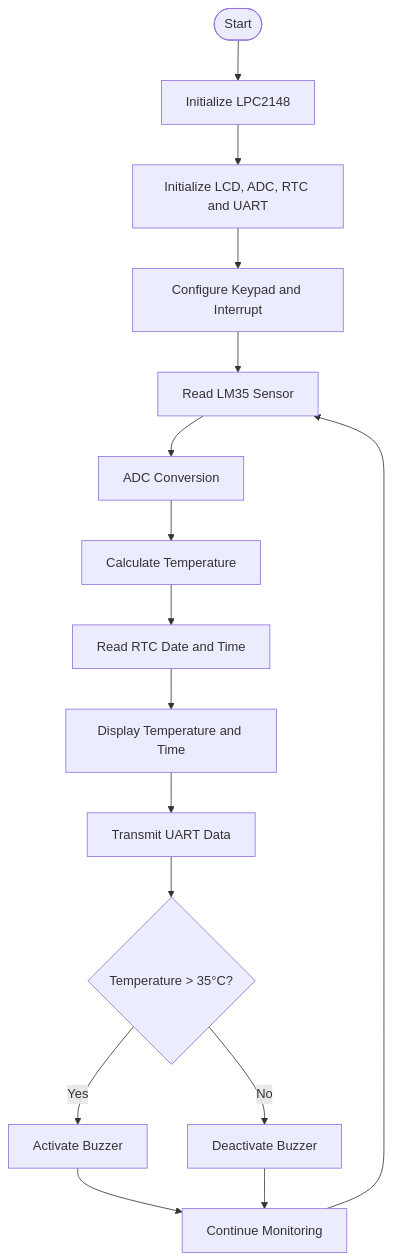
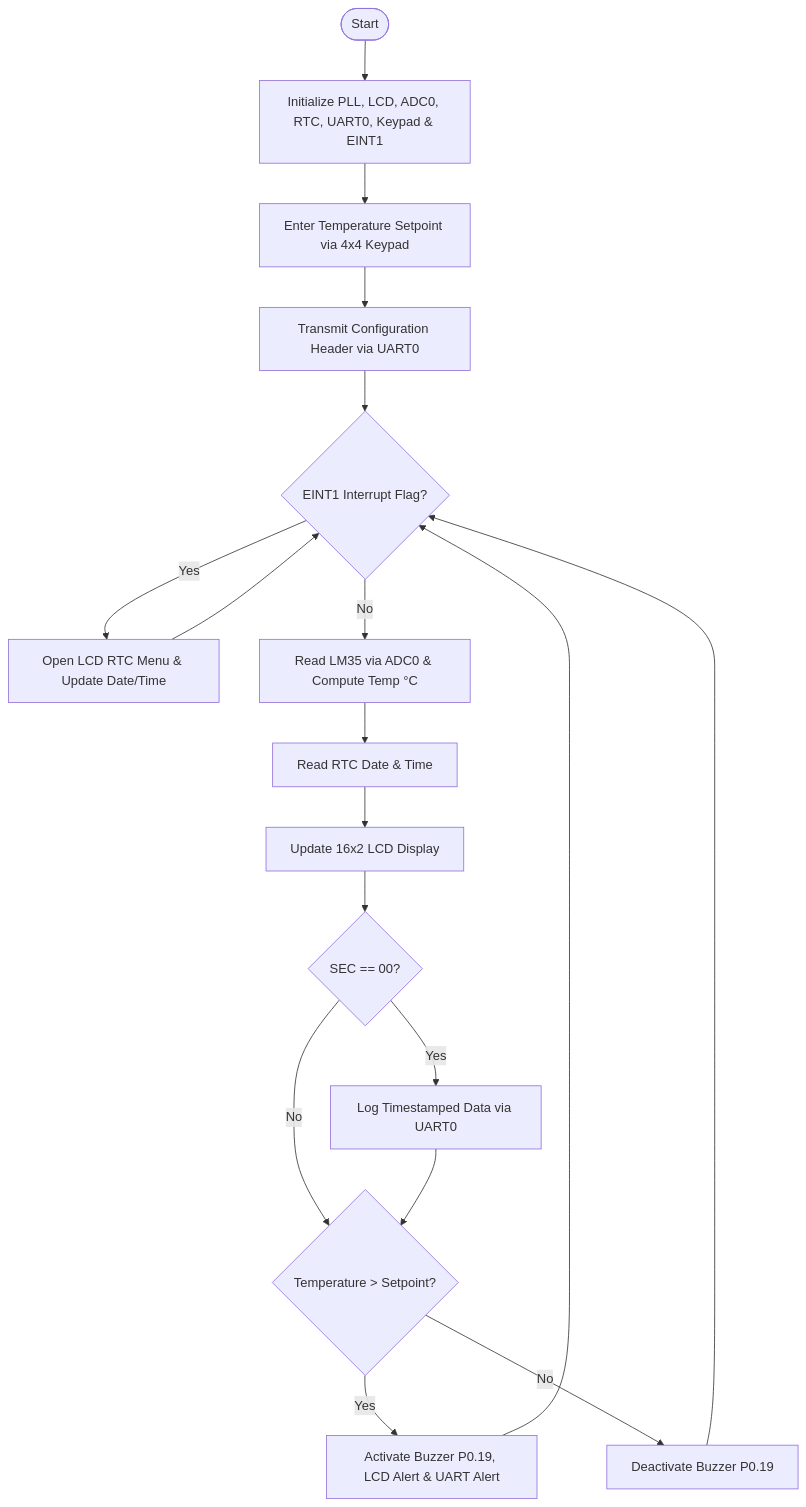
Before and after one commit to maghambhanu/LPC2148-Industrial-Environment-Monitor: the tenth of 10 diagrams in README.md, drawn with Mermaid. The commit also changed other lines of this file, not shown here.

````diff
--- a/README.md
+++ b/README.md
@@ -431,18 +365,20 @@
 ```mermaid
 flowchart TD
-    A([Start]) --> B[Initialize LPC2148]
-    B --> C[Initialize LCD, ADC, RTC and UART]
-    C --> D[Configure Keypad and Interrupt]
-    D --> E[Read LM35 Sensor]
-    E --> F[ADC Conversion]
-    F --> G[Calculate Temperature]
-    G --> H[Read RTC Date and Time]
-    H --> I[Display Temperature and Time]
-    I --> J[Transmit UART Data]
-    J --> K{Temperature > 35°C?}
-    K -->|Yes| L[Activate Buzzer]
-    K -->|No| M[Deactivate Buzzer]
-    L --> N[Continue Monitoring]
-    M --> N
+    A([Start]) --> B[Initialize PLL, LCD, ADC0, RTC, UART0, Keypad & EINT1]
+    B --> C[Enter Temperature Setpoint via 4x4 Keypad]
+    C --> D[Transmit Configuration Header via UART0]
+    D --> E{EINT1 Interrupt Flag?}
+    E -->|Yes| F[Open LCD RTC Menu & Update Date/Time]
+    F --> E
+    E -->|No| G[Read LM35 via ADC0 & Compute Temp °C]
+    G --> H[Read RTC Date & Time]
+    H --> I[Update 16x2 LCD Display]
+    I --> J{SEC == 00?}
+    J -->|Yes| K[Log Timestamped Data via UART0]
+    J -->|No| L{Temperature > Setpoint?}
+    K --> L
+    L -->|Yes| M[Activate Buzzer P0.19, LCD Alert & UART Alert]
+    L -->|No| N[Deactivate Buzzer P0.19]
+    M --> E
     N --> E
 ```
````
